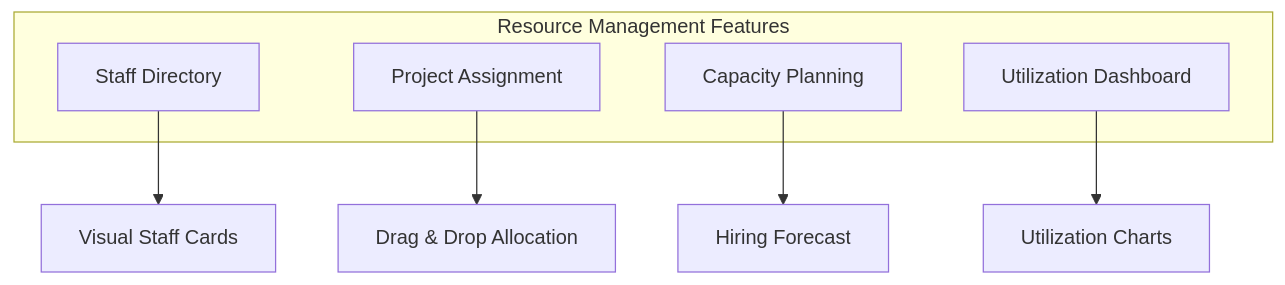
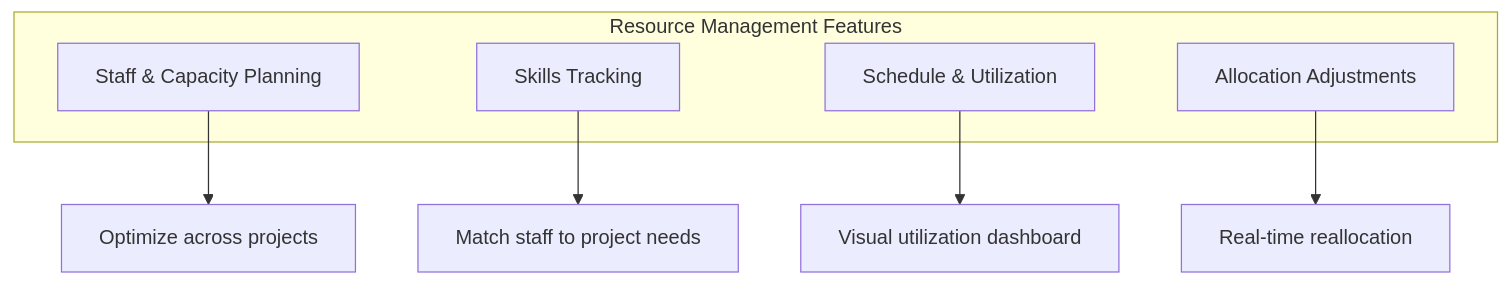
The tenth of 15 diagrams in POC-Implementation-Plan.md (elikiedrowski/ECI_Site_Construction), drawn with Mermaid before and after one commit. The commit also changed other lines of this file and 1 other file, not shown here.

````diff
--- a/POC-Implementation-Plan.md
+++ b/POC-Implementation-Plan.md
@@ -1109,14 +426,14 @@
 ```mermaid
 graph TB
     subgraph "Resource Management Features"
-        A[Staff Directory]
-        B[Project Assignment]
-        C[Capacity Planning]
-        D[Utilization Dashboard]
+        A[Staff & Capacity Planning]
+        B[Skills Tracking]
+        C[Schedule & Utilization]
+        D[Allocation Adjustments]
     end
-    
-    A --> E[Visual Staff Cards]
-    B --> F[Drag & Drop Allocation]
-    C --> G[Hiring Forecast]
-    D --> H[Utilization Charts]
+
+    A --> E[Optimize across projects]
+    B --> F[Match staff to project needs]
+    C --> G[Visual utilization dashboard]
+    D --> H[Real-time reallocation]
 ```
````
